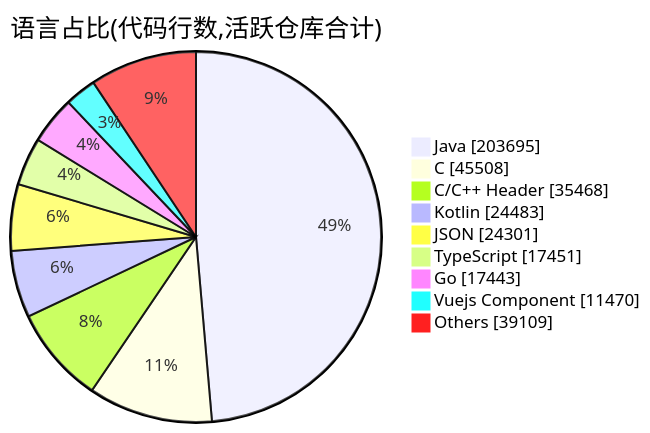
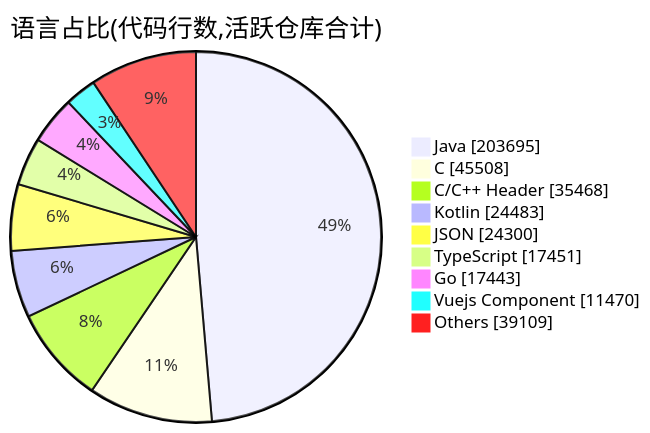
One commit to Conflux-Union/.github changed the second of 2 diagrams in profile/README.md. Above: the diagram before and after it, drawn with Mermaid. The commit also changed other lines of this file and 1 other file, not shown here.

````diff
--- a/profile/README.md
+++ b/profile/README.md
@@ -82,13 +82,13 @@
 ```mermaid
 pie showData
     title 语言占比(代码行数,活跃仓库合计)
     "Java" : 203695
     "C" : 45508
     "C/C++ Header" : 35468
     "Kotlin" : 24483
-    "JSON" : 24301
+    "JSON" : 24300
     "TypeScript" : 17451
     "Go" : 17443
     "Vuejs Component" : 11470
     "Others" : 39109
 ```
````
